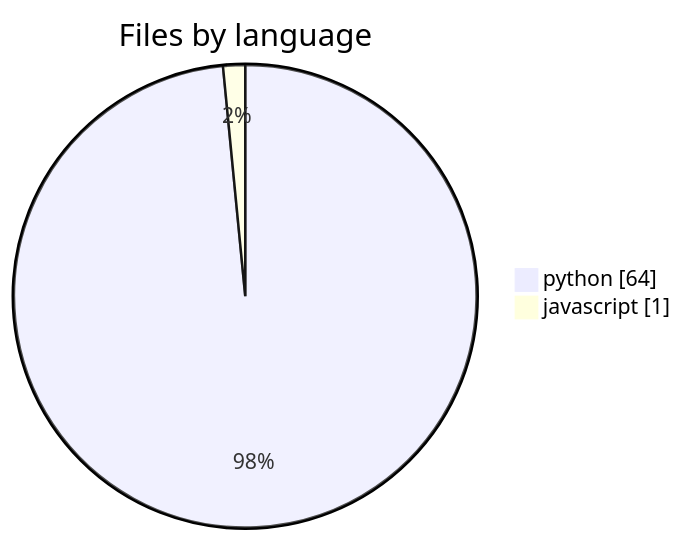
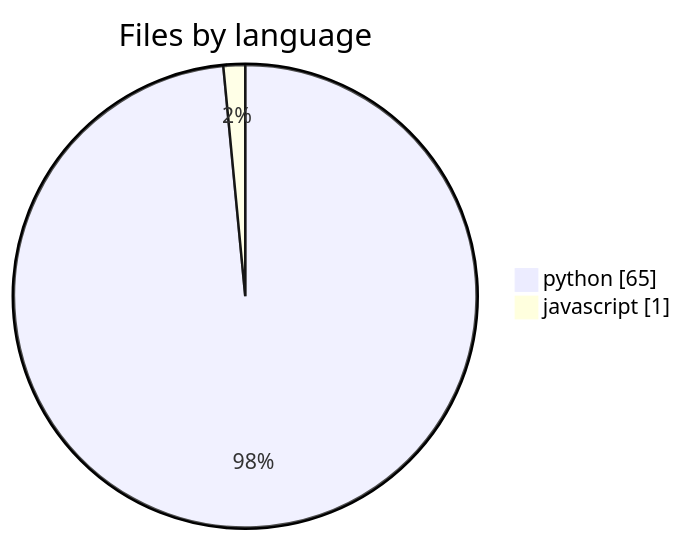
One commit to wolframs/jspace-probes changed the first of 5 diagrams in .mentis/context/languages.md. Above: the diagram before and after it, drawn with Mermaid. The commit also changed other lines of this file and 63 other files, not shown here.

````diff
--- a/.mentis/context/languages.md
+++ b/.mentis/context/languages.md
@@ -15,5 +15,5 @@
 ```mermaid
 pie showData title Files by language
-    "python" : 64
+    "python" : 65
     "javascript" : 1
 ```
````
